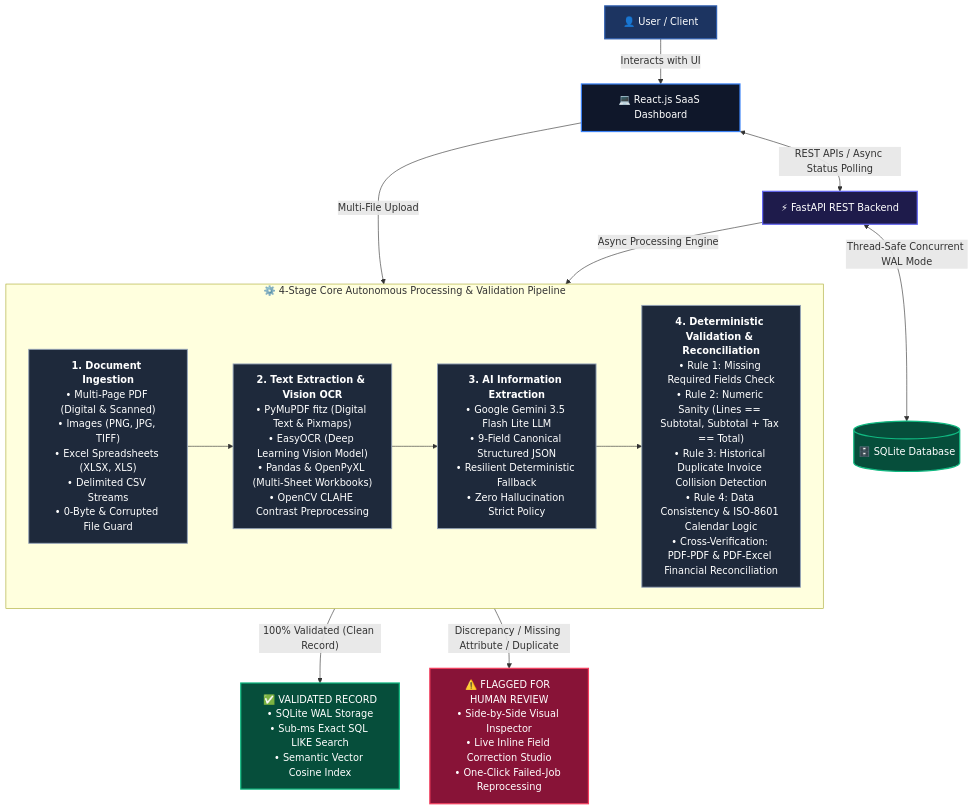
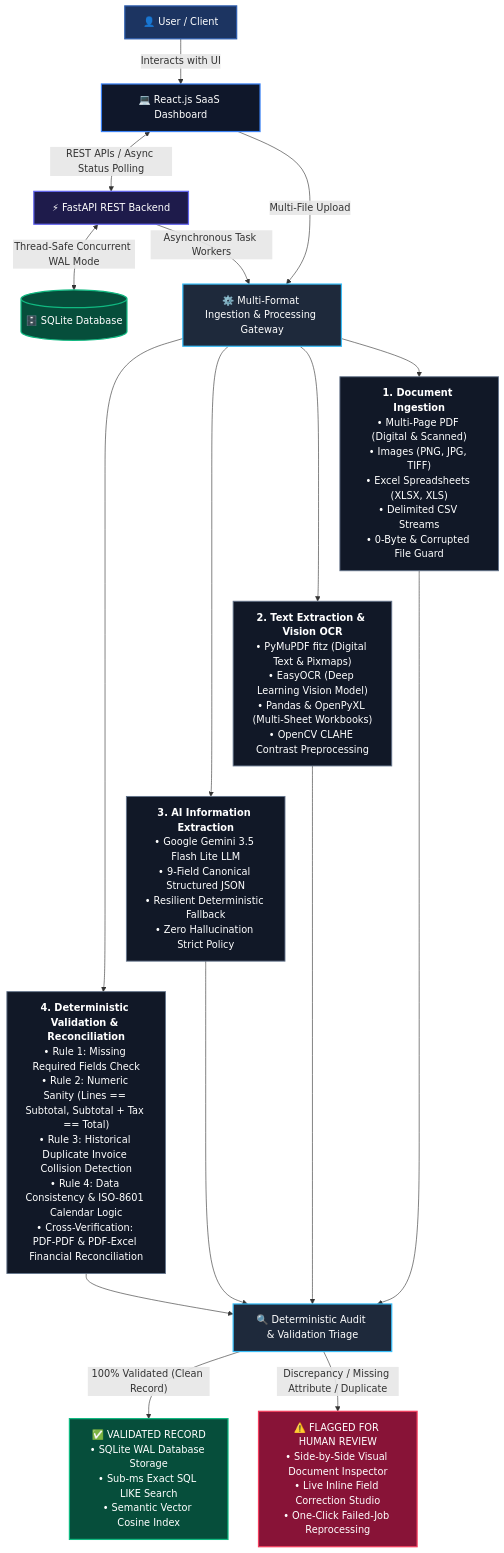
The diagram in README.md (shuvosinghpartho/AI-Powered-Document-Processing-Verification), drawn with Mermaid before and after one commit.

Commit message:
docs(readme): fix mermaid overlap and align 4 pipeline boxes in true parallel horizontal layout

````diff
--- a/README.md
+++ b/README.md
@@ -21,28 +21,30 @@
 ```mermaid
 flowchart TD
     classDef client fill:#1c3461,stroke:#2f5fb0,stroke-width:2px,color:#ffffff;
     classDef frontend fill:#0f172a,stroke:#3b82f6,stroke-width:2px,color:#ffffff;
     classDef backend fill:#1e1b4b,stroke:#6366f1,stroke-width:2px,color:#ffffff;
     classDef db fill:#064e3b,stroke:#10b981,stroke-width:2px,color:#ffffff;
-    classDef stage fill:#1e293b,stroke:#94a3b8,stroke-width:1.5px,color:#ffffff;
+    classDef gateway fill:#1e293b,stroke:#38bdf8,stroke-width:2px,color:#ffffff;
+    classDef stage fill:#111827,stroke:#64748b,stroke-width:1.5px,color:#ffffff;
     classDef valid fill:#064e3b,stroke:#10b981,stroke-width:2px,color:#ffffff;
     classDef flagged fill:#881337,stroke:#f43f5e,stroke-width:2px,color:#ffffff;
 
     User["👤 User / Client"]:::client -->|"Interacts with UI"| Dashboard["💻 React.js SaaS Dashboard"]:::frontend
     Dashboard <-->|"REST APIs / Async Status Polling"| Backend["⚡ FastAPI REST Backend"]:::backend
     Backend <-->|"Thread-Safe Concurrent WAL Mode"| Database[("🗄️ SQLite Database")]:::db
 
-    Dashboard -->|"Multi-File Upload"| S1
-    Backend -->|"Async Processing Engine"| S1
+    Dashboard -->|"Multi-File Upload"| Gateway["⚙️ Multi-Format Ingestion & Processing Gateway"]:::gateway
+    Backend -->|"Asynchronous Task Workers"| Gateway
 
-    subgraph Pipeline ["⚙️ 4-Stage Core Autonomous Processing & Validation Pipeline"]
-        direction LR
-        S1["<b>1. Document Ingestion</b><br/>• Multi-Page PDF (Digital & Scanned)<br/>• Images (PNG, JPG, TIFF)<br/>• Excel Spreadsheets (XLSX, XLS)<br/>• Delimited CSV Streams<br/>• 0-Byte & Corrupted File Guard"]:::stage
-        --> S2["<b>2. Text Extraction & Vision OCR</b><br/>• PyMuPDF fitz (Digital Text & Pixmaps)<br/>• EasyOCR (Deep Learning Vision Model)<br/>• Pandas & OpenPyXL (Multi-Sheet Workbooks)<br/>• OpenCV CLAHE Contrast Preprocessing"]:::stage
-        --> S3["<b>3. AI Information Extraction</b><br/>• Google Gemini 3.5 Flash Lite LLM<br/>• 9-Field Canonical Structured JSON<br/>• Resilient Deterministic Fallback<br/>• Zero Hallucination Strict Policy"]:::stage
-        --> S4["<b>4. Deterministic Validation & Reconciliation</b><br/>• Rule 1: Missing Required Fields Check<br/>• Rule 2: Numeric Sanity (Lines == Subtotal, Subtotal + Tax == Total)<br/>• Rule 3: Historical Duplicate Invoice Collision Detection<br/>• Rule 4: Data Consistency & ISO-8601 Calendar Logic<br/>• Cross-Verification: PDF-PDF & PDF-Excel Financial Reconciliation"]:::stage
-    end
+    Gateway --> S1["<b>1. Document Ingestion</b><br/>• Multi-Page PDF (Digital & Scanned)<br/>• Images (PNG, JPG, TIFF)<br/>• Excel Spreadsheets (XLSX, XLS)<br/>• Delimited CSV Streams<br/>• 0-Byte & Corrupted File Guard"]:::stage
+    Gateway --> S2["<b>2. Text Extraction & Vision OCR</b><br/>• PyMuPDF fitz (Digital Text & Pixmaps)<br/>• EasyOCR (Deep Learning Vision Model)<br/>• Pandas & OpenPyXL (Multi-Sheet Workbooks)<br/>• OpenCV CLAHE Contrast Preprocessing"]:::stage
+    Gateway --> S3["<b>3. AI Information Extraction</b><br/>• Google Gemini 3.5 Flash Lite LLM<br/>• 9-Field Canonical Structured JSON<br/>• Resilient Deterministic Fallback<br/>• Zero Hallucination Strict Policy"]:::stage
+    Gateway --> S4["<b>4. Deterministic Validation & Reconciliation</b><br/>• Rule 1: Missing Required Fields Check<br/>• Rule 2: Numeric Sanity (Lines == Subtotal, Subtotal + Tax == Total)<br/>• Rule 3: Historical Duplicate Invoice Collision Detection<br/>• Rule 4: Data Consistency & ISO-8601 Calendar Logic<br/>• Cross-Verification: PDF-PDF & PDF-Excel Financial Reconciliation"]:::stage
 
-    S4 -->|"100% Validated (Clean Record)"| ValidNode["✅ VALIDATED RECORD<br/>• SQLite WAL Storage<br/>• Sub-ms Exact SQL LIKE Search<br/>• Semantic Vector Cosine Index"]:::valid
-    S4 -->|"Discrepancy / Missing Attribute / Duplicate"| FlaggedNode["⚠️ FLAGGED FOR HUMAN REVIEW<br/>• Side-by-Side Visual Inspector<br/>• Live Inline Field Correction Studio<br/>• One-Click Failed-Job Reprocessing"]:::flagged
+    S1 ~~~ S2 ~~~ S3 ~~~ S4
+
+    S1 & S2 & S3 & S4 --> Audit["🔍 Deterministic Audit & Validation Triage"]:::gateway
+
+    Audit -->|"100% Validated (Clean Record)"| ValidNode["✅ VALIDATED RECORD<br/>• SQLite WAL Database Storage<br/>• Sub-ms Exact SQL LIKE Search<br/>• Semantic Vector Cosine Index"]:::valid
+    Audit -->|"Discrepancy / Missing Attribute / Duplicate"| FlaggedNode["⚠️ FLAGGED FOR HUMAN REVIEW<br/>• Side-by-Side Visual Document Inspector<br/>• Live Inline Field Correction Studio<br/>• One-Click Failed-Job Reprocessing"]:::flagged
 ```
````
